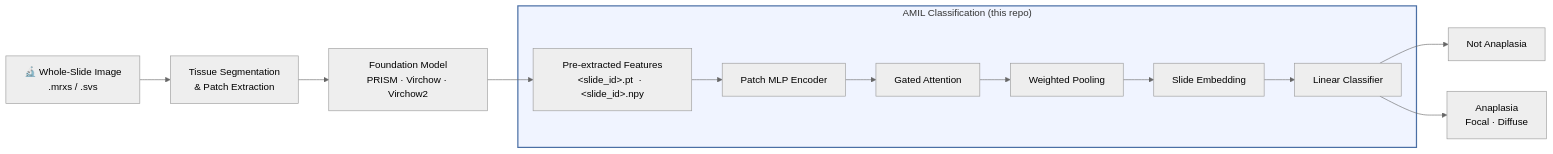
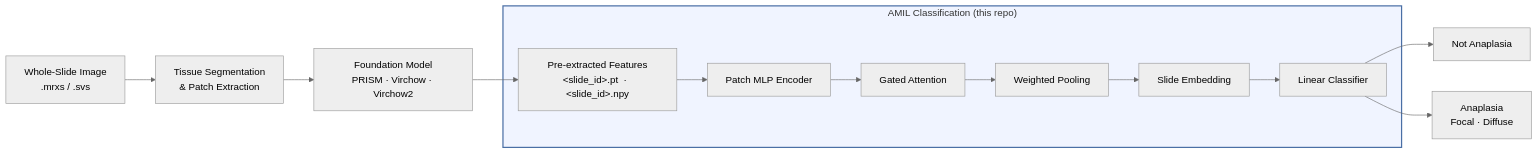
Before and after one commit to PierpaoloV/wilms-anaplasia-mil: the first of 2 diagrams in README.md, drawn with Mermaid (neutral theme). The commit also changed other lines of this file, not shown here.

````diff
--- a/README.md
+++ b/README.md
@@ -39,19 +39,19 @@
 ```mermaid
 flowchart LR
-    WSI[🔬 Whole-Slide Image\n.mrxs / .svs] --> SEG[Tissue Segmentation\n& Patch Extraction]
+    WSI[Whole-Slide Image\n.mrxs / .svs] --> SEG[Tissue Segmentation\n& Patch Extraction]
     SEG --> FE[Foundation Model\nPRISM · Virchow · Virchow2]
     FE --> FEAT["Pre-extracted Features\n&lt;slide_id&gt;.pt  ·  &lt;slide_id&gt;.npy"]
 
     subgraph MIL ["AMIL Classification (this repo)"]
         FEAT --> ENC[Patch MLP Encoder]
         ENC --> ATT[Gated Attention]
         ATT --> POOL[Weighted Pooling]
         POOL --> SLIDE[Slide Embedding]
         SLIDE --> CLF[Linear Classifier]
     end
 
     CLF --> OUT0[Not Anaplasia]
     CLF --> OUT1[Anaplasia\nFocal · Diffuse]
 
     style MIL fill:#f0f4ff,stroke:#4a6fa5,stroke-width:2px
 ```
````
